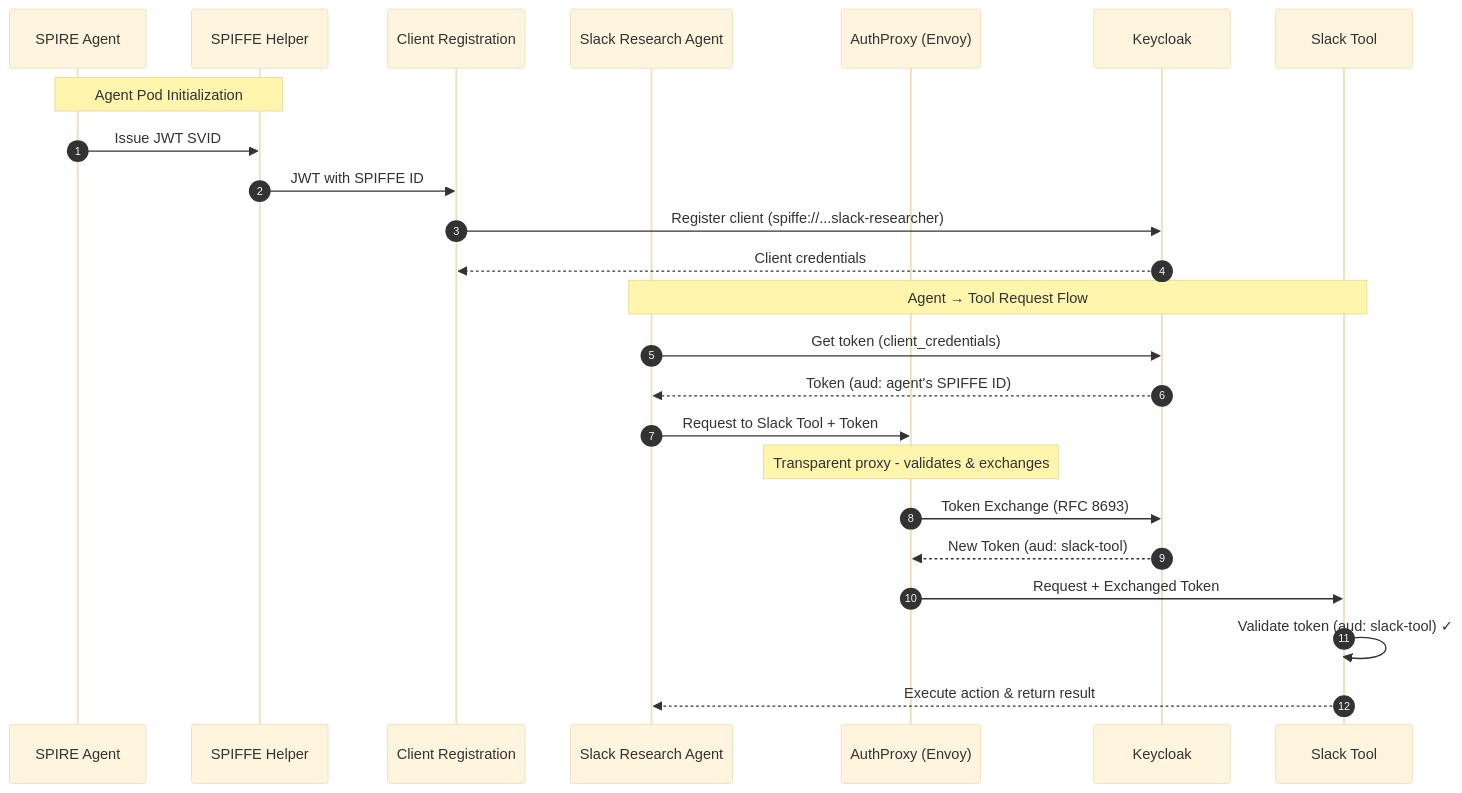
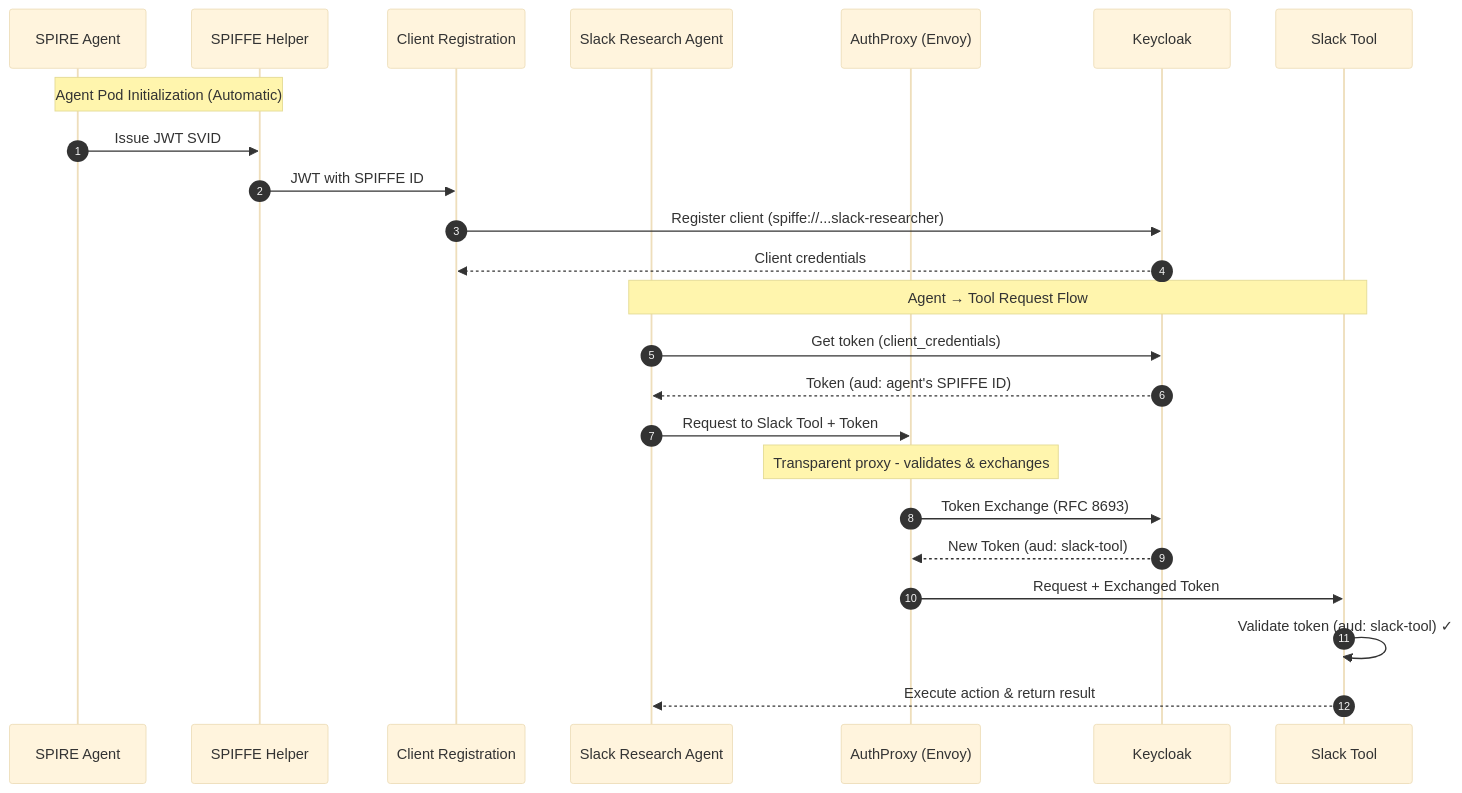
One commit to mrsabath/kagenti-extensions changed the fourth of 10 diagrams in AuthBridge/BLOG-agentic.md. Above: the diagram before and after it, drawn with Mermaid (base theme). The commit also changed other lines of this file, not shown here.

````diff
--- a/AuthBridge/BLOG-agentic.md
+++ b/AuthBridge/BLOG-agentic.md
@@ -247,31 +247,31 @@
 ```mermaid
 sequenceDiagram
     autonumber
     participant SPIRE as SPIRE Agent
     participant Helper as SPIFFE Helper
     participant Reg as Client Registration
     participant Agent as Slack Research Agent
     participant Proxy as AuthProxy (Envoy)
     participant KC as Keycloak
     participant Tool as Slack Tool
 
-    Note over Helper,SPIRE: Agent Pod Initialization
+    Note over Helper,SPIRE: Agent Pod Initialization (Automatic)
     SPIRE->>Helper: Issue JWT SVID
     Helper->>Reg: JWT with SPIFFE ID
     Reg->>KC: Register client (spiffe://...slack-researcher)
     KC-->>Reg: Client credentials
 
     Note over Agent,Tool: Agent → Tool Request Flow
     Agent->>KC: Get token (client_credentials)
     KC-->>Agent: Token (aud: agent's SPIFFE ID)
     
     Agent->>Proxy: Request to Slack Tool + Token
     Note over Proxy: Transparent proxy - validates & exchanges
     
     Proxy->>KC: Token Exchange (RFC 8693)
     KC-->>Proxy: New Token (aud: slack-tool)
     
     Proxy->>Tool: Request + Exchanged Token
     Tool->>Tool: Validate token (aud: slack-tool) ✓
     Tool-->>Agent: Execute action & return result
 ```
````
